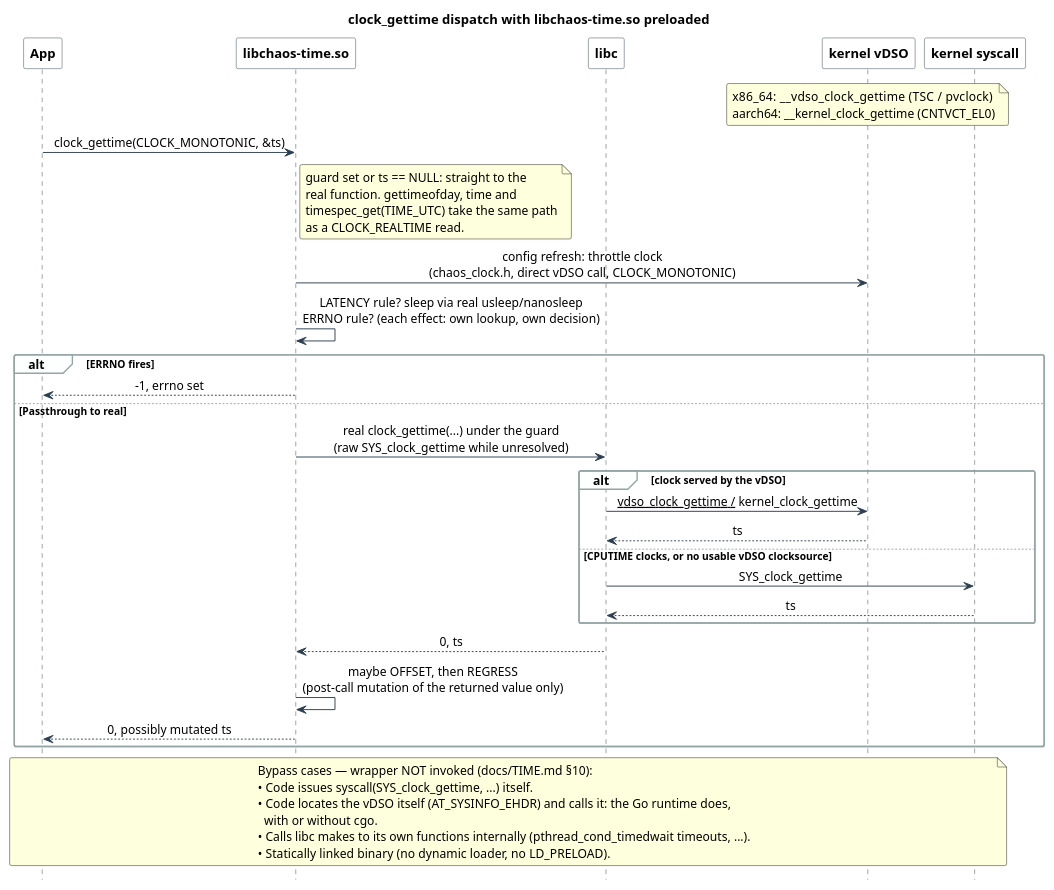
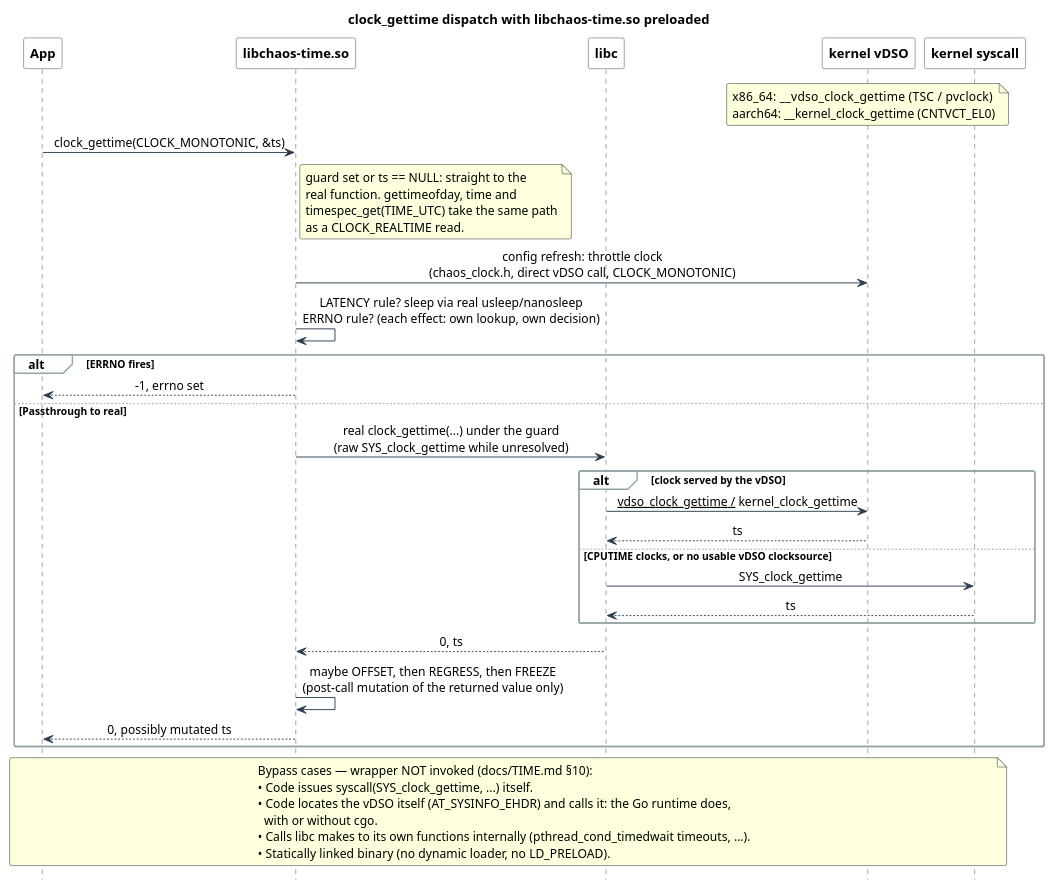
Before and after one commit to macstab/macstab-chaos-testing-libraries: the diagram in docs/diagrams/vdso.puml, drawn with PlantUML. The commit also changed 23 other files, not shown here.

```diff
--- a/docs/diagrams/vdso.puml
+++ b/docs/diagrams/vdso.puml
@@ -1,82 +1,82 @@
 @startuml vdso
 '
 ' Engineered by  Christian Schnapka
 '                Embedded Principal+ Engineer
 '                Macstab GmbH · Hamburg, Germany
 '                https://macstab.com
 '
 ' clock_gettime(2) dispatch with libchaos-time.so preloaded.
 '
 ' Key fact: libc calls the vDSO INSIDE its own clock_gettime, downstream
 ' of the wrapper, so the wrapper decides before and mutates after.
 ' The libraries' own clocks (rule-file throttle, @from/@until) call the
 ' vDSO directly and are therefore outside libchaos-time's reach.
 '
 ' Reference: docs/PLATFORM.md §5, docs/TIME.md §2 and §10
 '            src/time/chaos_time_hooks.c, src/common/chaos_clock.h
 '            vdso(7) Linux man-pages
 '
 title clock_gettime dispatch with libchaos-time.so preloaded
 
 skinparam sequenceMessageAlign center
 skinparam shadowing false
 skinparam roundCorner 4
 skinparam sequence {
   ArrowColor                 #2C3E50
   LifeLineBorderColor        #2C3E50
   LifeLineBackgroundColor    #ECF0F1
   ParticipantBorderColor     #2C3E50
   ParticipantBackgroundColor #FFFFFF
   ParticipantFontStyle       bold
   GroupBackgroundColor       #FDFEFE
   GroupBorderColor           #95A5A6
 }
 hide footbox
 
 participant App
 participant "libchaos-time.so" as Wrapper
 participant "libc"             as Glibc
 participant "kernel vDSO"      as Vdso
 participant "kernel syscall"   as Kernel
 
 note over Vdso
   x86_64:  __vdso_clock_gettime   (TSC / pvclock)
   aarch64: __kernel_clock_gettime (CNTVCT_EL0)
 end note
 
 App     ->  Wrapper : clock_gettime(CLOCK_MONOTONIC, &ts)
 note right of Wrapper
   guard set or ts == NULL: straight to the
   real function. gettimeofday, time and
   timespec_get(TIME_UTC) take the same path
   as a CLOCK_REALTIME read.
 end note
 Wrapper ->  Vdso    : config refresh: throttle clock\n(chaos_clock.h, direct vDSO call, CLOCK_MONOTONIC)
 Wrapper ->  Wrapper : LATENCY rule? sleep via real usleep/nanosleep\nERRNO rule? (each effect: own lookup, own decision)
 
 alt ERRNO fires
     Wrapper --> App : -1, errno set
 else Passthrough to real
     Wrapper ->  Glibc  : real clock_gettime(...) under the guard\n(raw SYS_clock_gettime while unresolved)
     alt clock served by the vDSO
         Glibc -> Vdso   : __vdso_clock_gettime / __kernel_clock_gettime
         Vdso  --> Glibc : ts
     else CPUTIME clocks, or no usable vDSO clocksource
         Glibc -> Kernel : SYS_clock_gettime
         Kernel --> Glibc: ts
     end
     Glibc   --> Wrapper : 0, ts
-    Wrapper ->  Wrapper : maybe OFFSET, then REGRESS\n(post-call mutation of the returned value only)
+    Wrapper ->  Wrapper : maybe OFFSET, then REGRESS, then FREEZE\n(post-call mutation of the returned value only)
     Wrapper --> App     : 0, possibly mutated ts
 end
 
 note across
   Bypass cases — wrapper NOT invoked (docs/TIME.md §10):
   • Code issues syscall(SYS_clock_gettime, ...) itself.
   • Code locates the vDSO itself (AT_SYSINFO_EHDR) and calls it: the Go runtime does,
     with or without cgo.
   • Calls libc makes to its own functions internally (pthread_cond_timedwait timeouts, ...).
   • Statically linked binary (no dynamic loader, no LD_PRELOAD).
 end note
 
 @enduml
```
